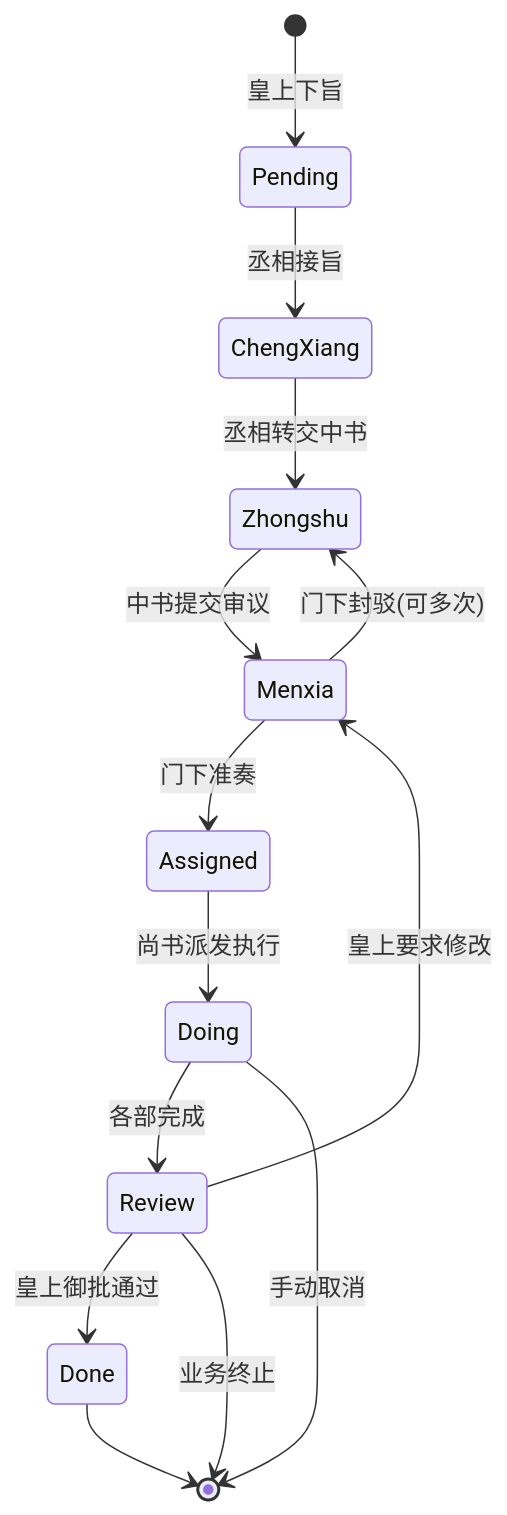
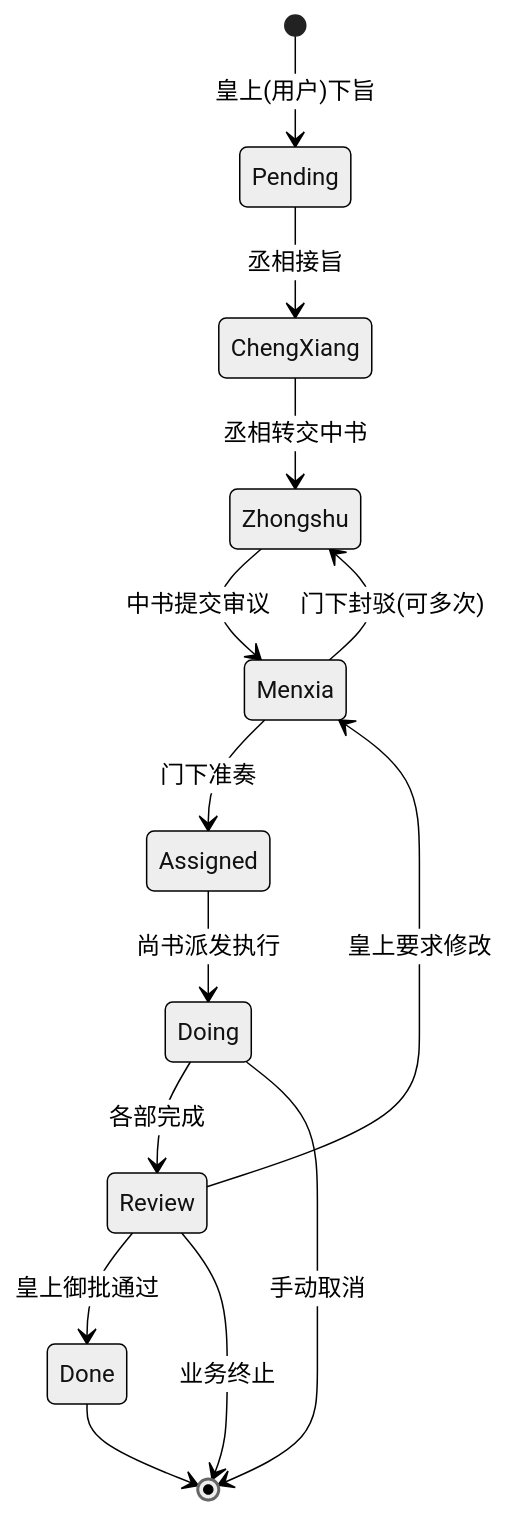
Before and after one commit to LiangshouX/HiveMind: the diagram in require.md, drawn with Mermaid. The commit also changed other lines of this file and 113 other files, not shown here.

````diff
--- a/require.md
+++ b/require.md
@@ -77,17 +77,18 @@
 ```mermaid
+%%{init: {'theme': 'neutral'}}%%
 stateDiagram-v2
-    [*] --> Pending: 皇上下旨
+    [*] --> Pending: 皇上(用户)下旨
     Pending --> ChengXiang: 丞相接旨
     ChengXiang --> Zhongshu: 丞相转交中书
     Zhongshu --> Menxia: 中书提交审议
     Menxia --> Zhongshu: 门下封驳(可多次)
     Menxia --> Assigned: 门下准奏
     Assigned --> Doing: 尚书派发执行
     Doing --> Review: 各部完成
     Review --> Done: 皇上御批通过
     Review --> Menxia: 皇上要求修改
     Done --> [*]
     Doing --> [*]: 手动取消
     Review --> [*]: 业务终止
 
 ```
````
